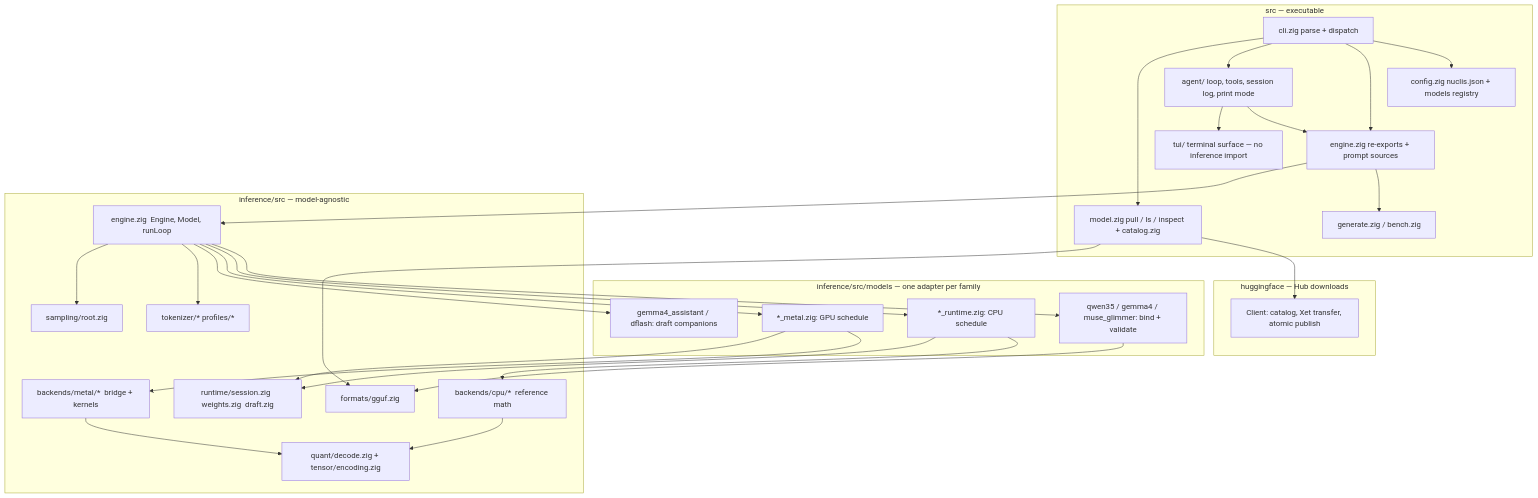
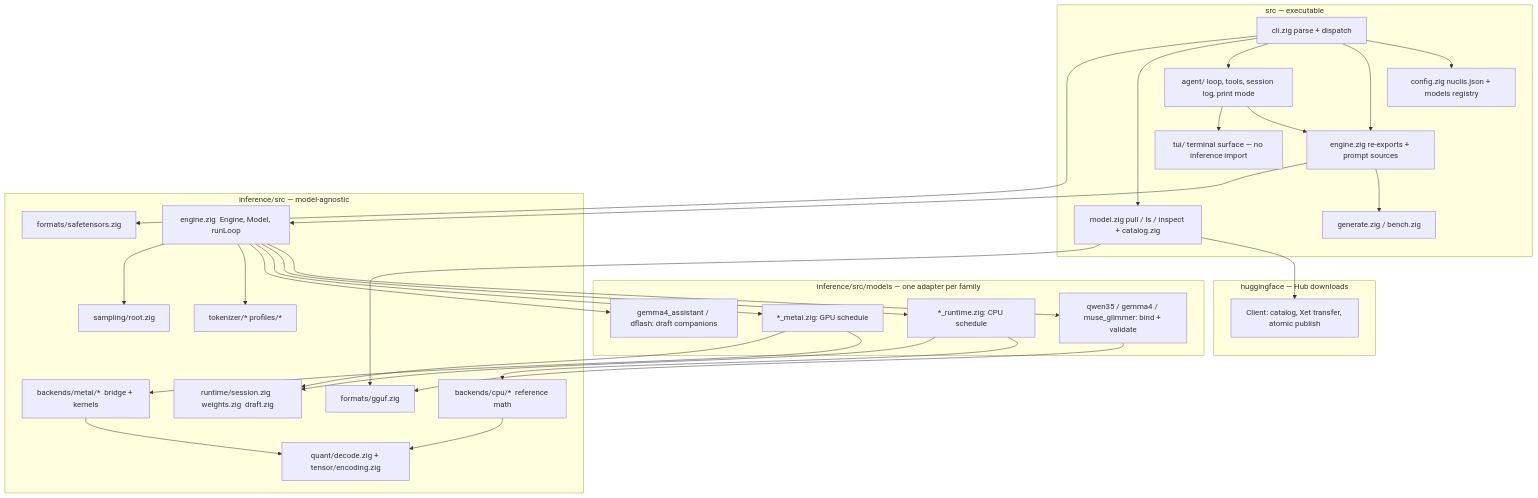
The second of 10 diagrams in docs/architecture.md (tildaslashalef/nuclis), drawn with Mermaid before and after one commit. The commit also changed other lines of this file and 9 other files, not shown here.

````diff
--- a/docs/architecture.md
+++ b/docs/architecture.md
@@ -70,54 +70,56 @@
 ```mermaid
 flowchart TB
     subgraph exe [src — executable]
         cli[cli.zig parse + dispatch]
         config[config.zig nuclis.json + models registry]
         tui[tui/ terminal surface — no inference import]
         agent[agent/ loop, tools, session log, print mode]
         engine[engine.zig re-exports + prompt sources]
         gen[generate.zig / bench.zig]
         model[model.zig pull / ls / inspect + catalog.zig]
     end
     subgraph hfpkg [huggingface — Hub downloads]
         hf[Client: catalog, Xet transfer, atomic publish]
     end
     subgraph models [inference/src/models — one adapter per family]
         bind[qwen35 / gemma4 / muse_glimmer: bind + validate]
         rt[*_runtime.zig: CPU schedule]
         plan[*_metal.zig: GPU schedule]
         draft[gemma4_assistant / dflash: draft companions]
     end
     subgraph shared [inference/src — model-agnostic]
         gguf[formats/gguf.zig]
+        st[formats/safetensors.zig]
         quant[quant/decode.zig + tensor/encoding.zig]
         tok[tokenizer/*  profiles/*]
         sess[runtime/session.zig  weights.zig  draft.zig]
         eng[engine.zig  Engine, Model, runLoop]
         samp[sampling/root.zig]
         cpu[backends/cpu/*  reference math]
         metal[backends/metal/*  bridge + kernels]
     end
     cli --> config
     cli --> engine
     cli --> agent
     cli --> model
     model --> hf
     model --> gguf
+    cli --> st
     agent --> engine
     agent --> tui
     engine --> gen
     engine --> eng
     eng --> bind
     eng --> rt
     eng --> plan
     eng --> draft
     eng --> tok
     eng --> samp
     bind --> gguf
     rt --> cpu
     rt --> sess
     plan --> metal
     plan --> sess
     metal --> quant
     cpu --> quant
 ```
````
